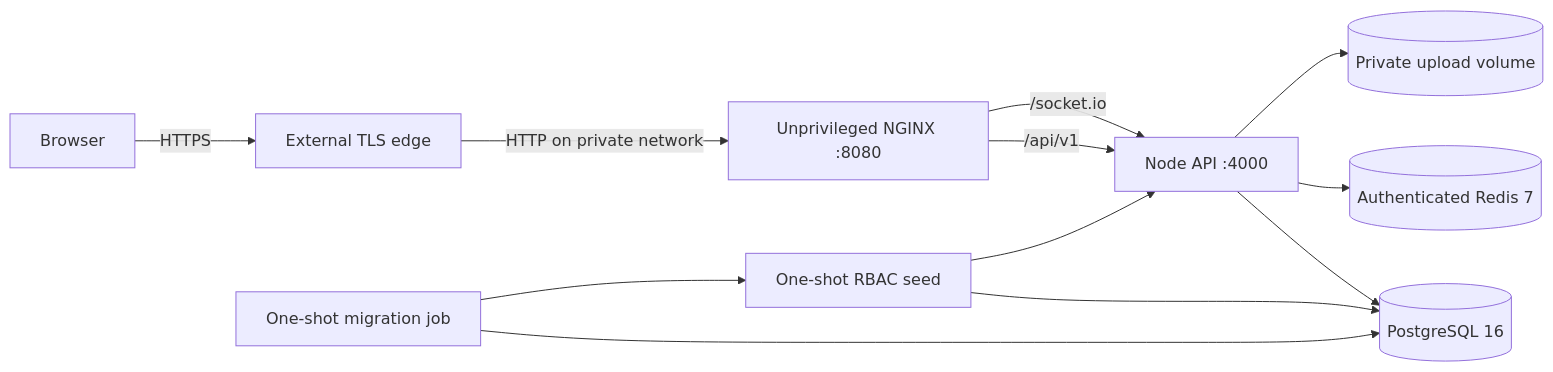
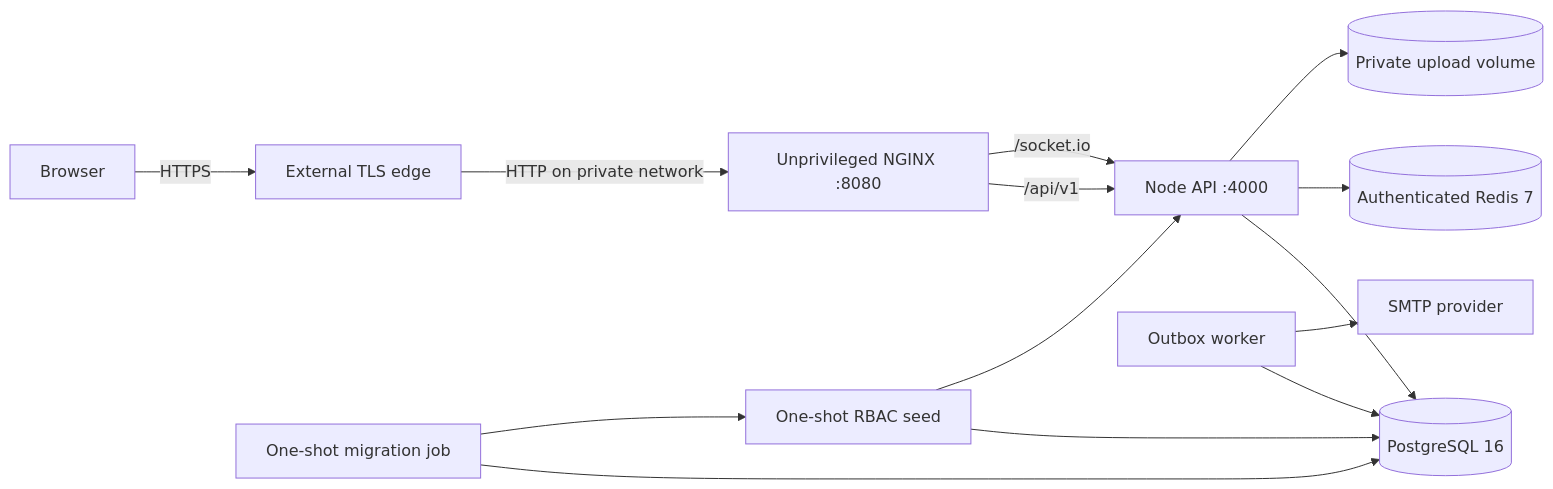
The diagram in docs/DEPLOYMENT.md (Kirosk31/orbit-project-management), drawn with Mermaid before and after one commit. The commit also changed other lines of this file and 26 other files, not shown here.

````diff
--- a/docs/DEPLOYMENT.md
+++ b/docs/DEPLOYMENT.md
@@ -7,13 +7,15 @@
 ```mermaid
 flowchart LR
   Browser -->|HTTPS| Edge[External TLS edge]
   Edge -->|HTTP on private network| Web[Unprivileged NGINX :8080]
   Web -->|/api/v1| API[Node API :4000]
   Web -->|/socket.io| API
   API --> PostgreSQL[(PostgreSQL 16)]
   API --> Redis[(Authenticated Redis 7)]
   API --> Uploads[(Private upload volume)]
+  Worker[Outbox worker] --> PostgreSQL
+  Worker --> SMTP[SMTP provider]
   Migrate[One-shot migration job] --> PostgreSQL
   Seed[One-shot RBAC seed] --> PostgreSQL
   Migrate --> Seed --> API
 ```
````
